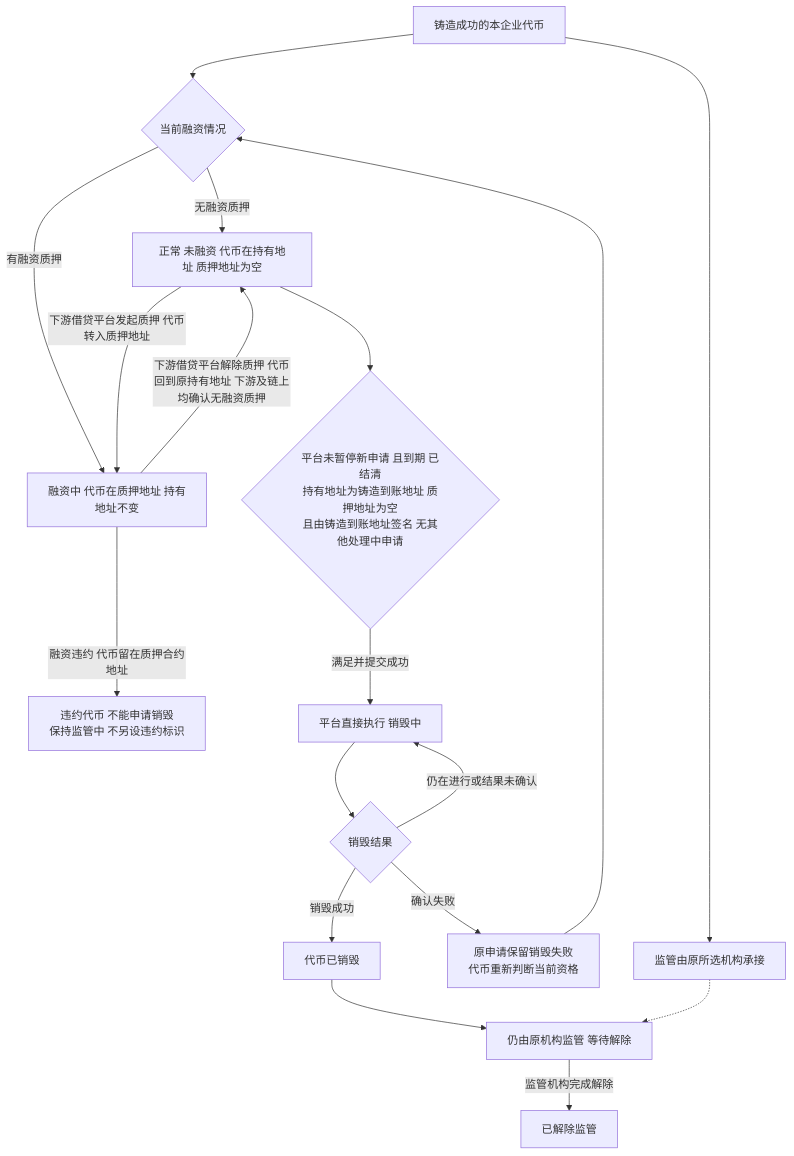
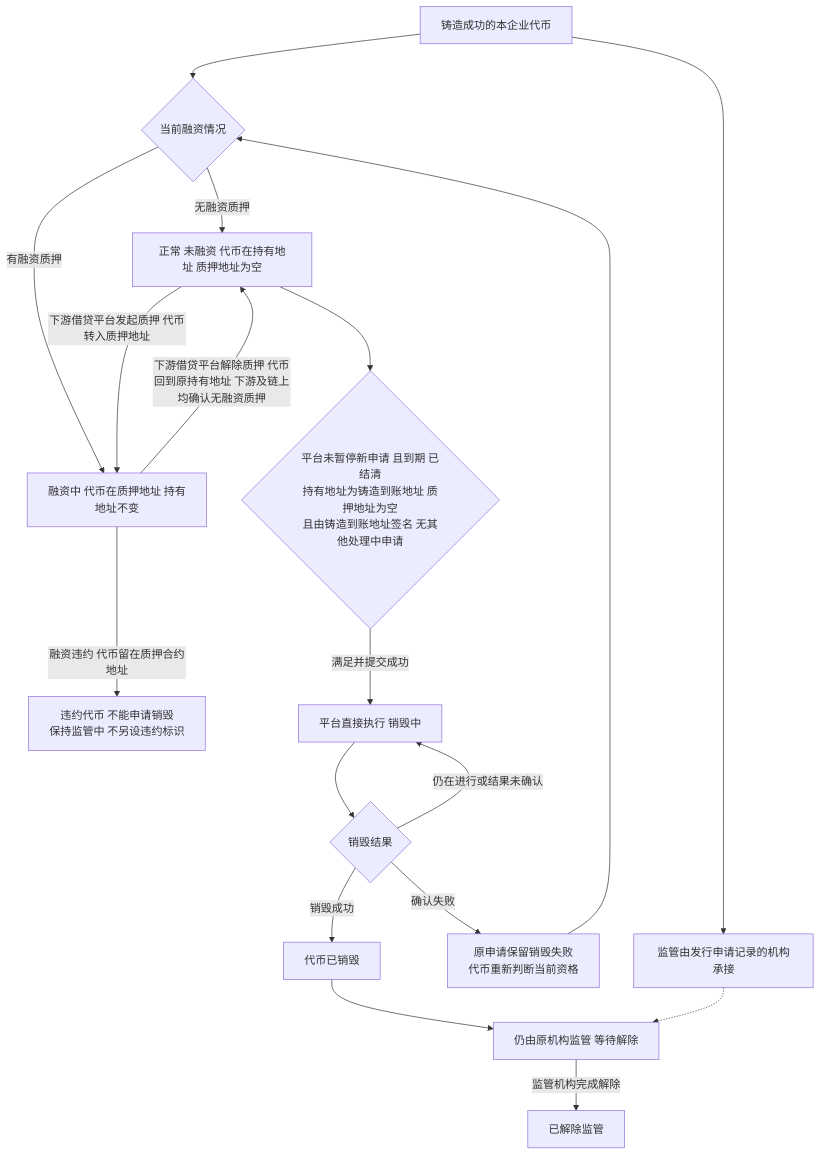
One commit to wxblockchain/Chain-Financing changed the fourth of 4 diagrams in token-issuance-platform/PRD/面客端/M4a-我的代币与销毁申请/02-我的代币与销毁申请-流程图与状态机.md. Above: the diagram before and after it, drawn with Mermaid. The commit also changed 5 other files, not shown here.

````diff
--- a/token-issuance-platform/PRD/面客端/M4a-我的代币与销毁申请/02-我的代币与销毁申请-流程图与状态机.md
+++ b/token-issuance-platform/PRD/面客端/M4a-我的代币与销毁申请/02-我的代币与销毁申请-流程图与状态机.md
@@ -104,20 +104,20 @@
 ```mermaid
 flowchart TD
-    A[铸造成功的本企业代币] --> B[监管由原所选机构承接]
+    A[铸造成功的本企业代币] --> B[监管由发行申请记录的机构承接]
     A --> C{当前融资情况}
     C -->|无融资质押| D[正常 未融资 代币在持有地址 质押地址为空]
     C -->|有融资质押| E[融资中 代币在质押地址 持有地址不变]
     D -->|下游借贷平台发起质押 代币转入质押地址| E
     E -->|下游借贷平台解除质押 代币回到原持有地址 下游及链上均确认无融资质押| D
     E -->|融资违约 代币留在质押合约地址| X[违约代币 不能申请销毁<br/>保持监管中 不另设违约标识]
     D --> F{平台未暂停新申请 且到期 已结清<br/>持有地址为铸造到账地址 质押地址为空<br/>且由铸造到账地址签名 无其他处理中申请}
     F -->|满足并提交成功| G[平台直接执行 销毁中]
     G --> H{销毁结果}
     H -->|仍在进行或结果未确认| G
     H -->|确认失败| I[原申请保留销毁失败<br/>代币重新判断当前资格]
     I --> C
     H -->|销毁成功| J[代币已销毁]
     J --> K[仍由原机构监管 等待解除]
     B -.-> K
     K -->|监管机构完成解除| L[已解除监管]
 ```
````
